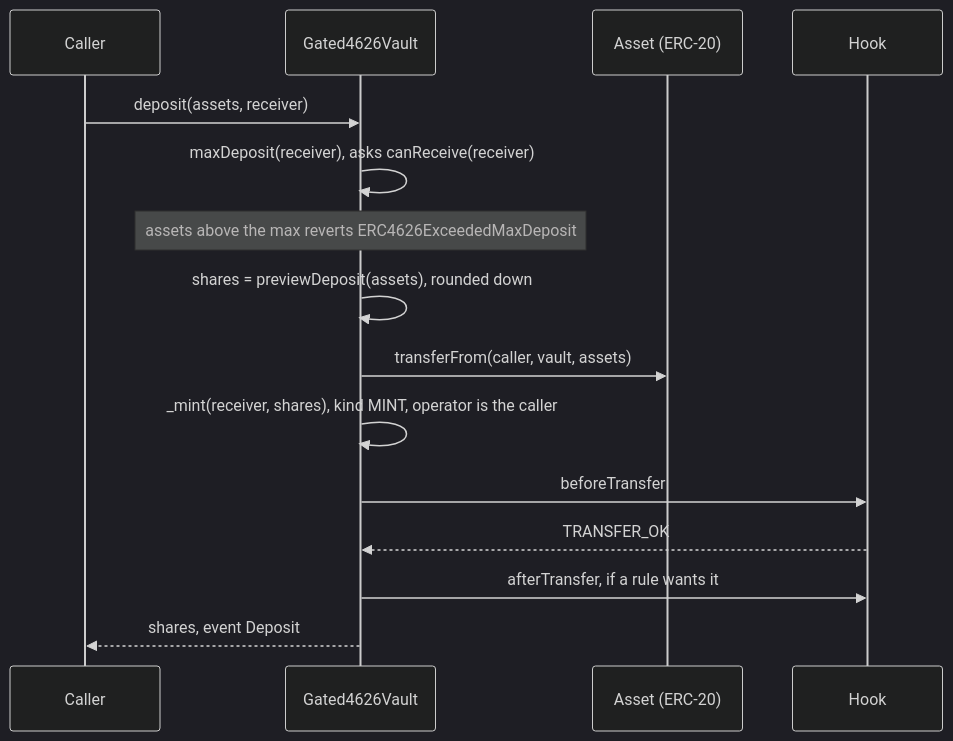
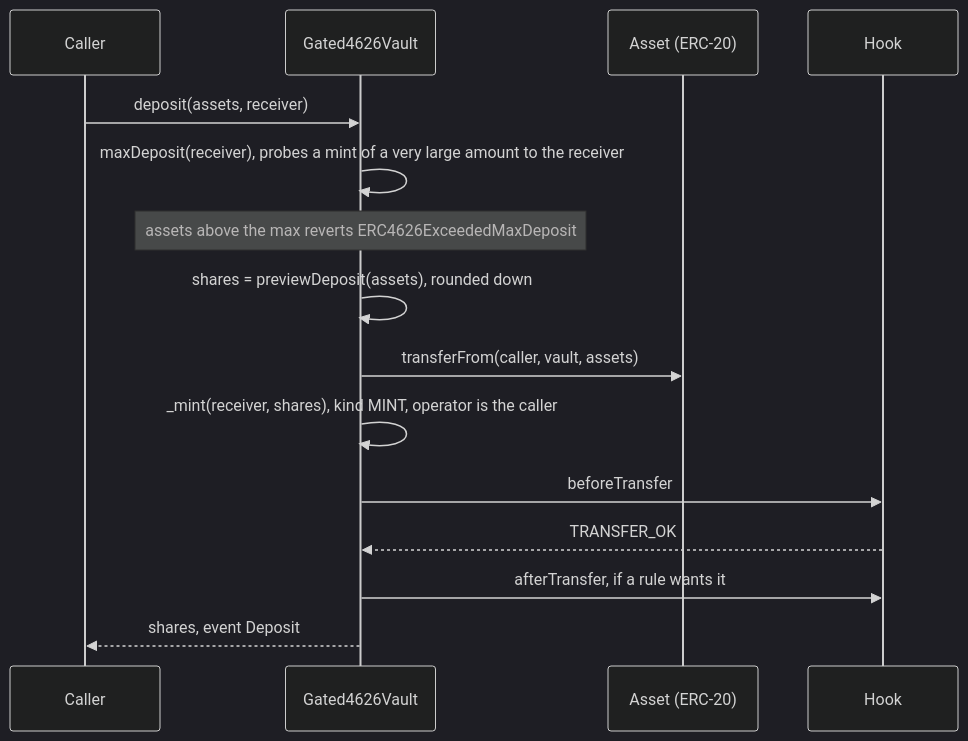
One commit to fepvenancio/rwa-token changed the first of 6 diagrams in docs/flows-vaults.md. Above: the diagram before and after it, drawn with Mermaid (dark theme). The commit also changed other lines of this file and 27 other files, not shown here.

````diff
--- a/docs/flows-vaults.md
+++ b/docs/flows-vaults.md
@@ -18,17 +18,17 @@
 ```mermaid
 sequenceDiagram
   participant U as Caller
   participant V as Gated4626Vault
   participant A as Asset (ERC-20)
   participant H as Hook
   U->>V: deposit(assets, receiver)
-  V->>V: maxDeposit(receiver), asks canReceive(receiver)
+  V->>V: maxDeposit(receiver), probes a mint of a very large amount to the receiver
   Note over V: assets above the max reverts ERC4626ExceededMaxDeposit
   V->>V: shares = previewDeposit(assets), rounded down
   V->>A: transferFrom(caller, vault, assets)
   V->>V: _mint(receiver, shares), kind MINT, operator is the caller
   V->>H: beforeTransfer
   H-->>V: TRANSFER_OK
   V->>H: afterTransfer, if a rule wants it
   V-->>U: shares, event Deposit
 ```
````
